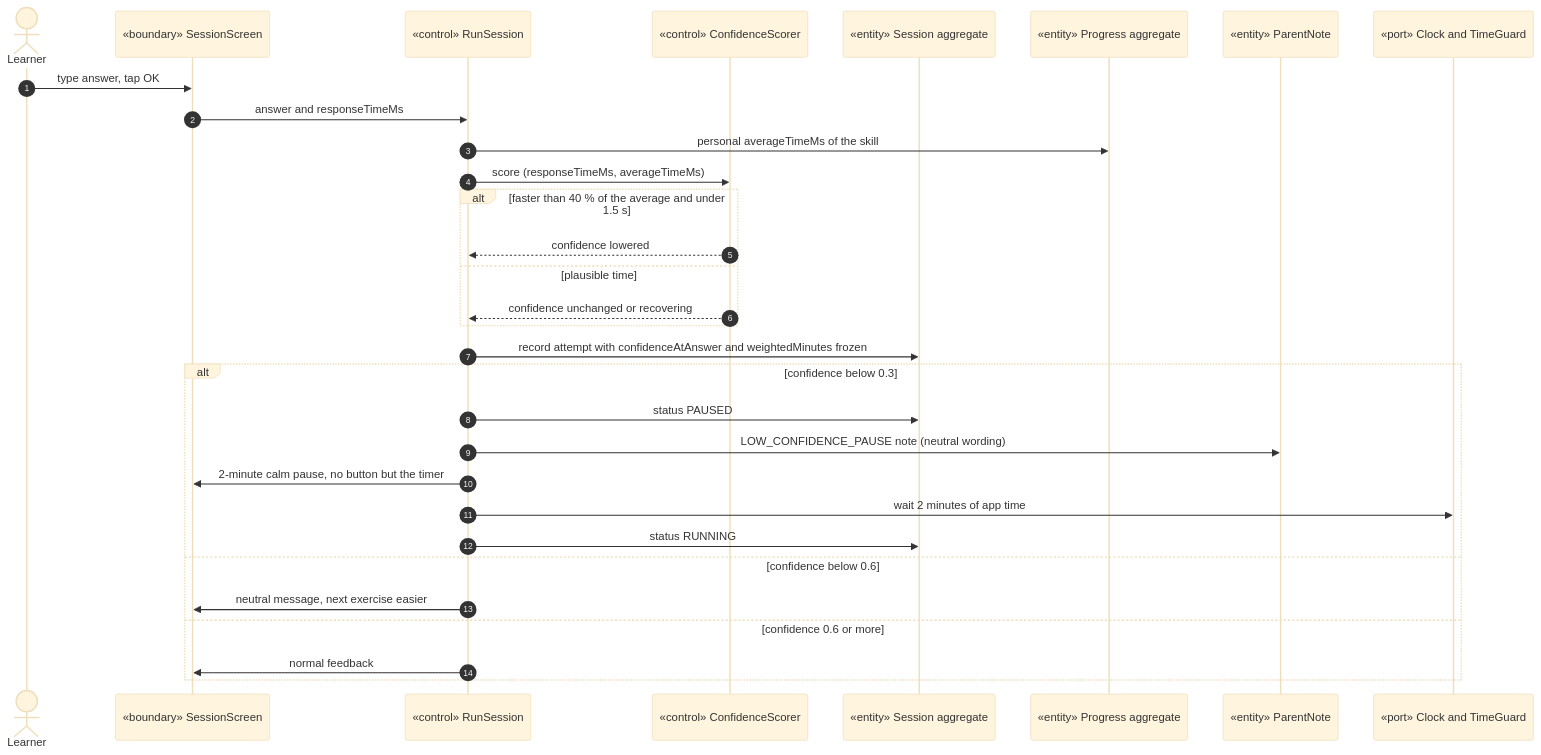
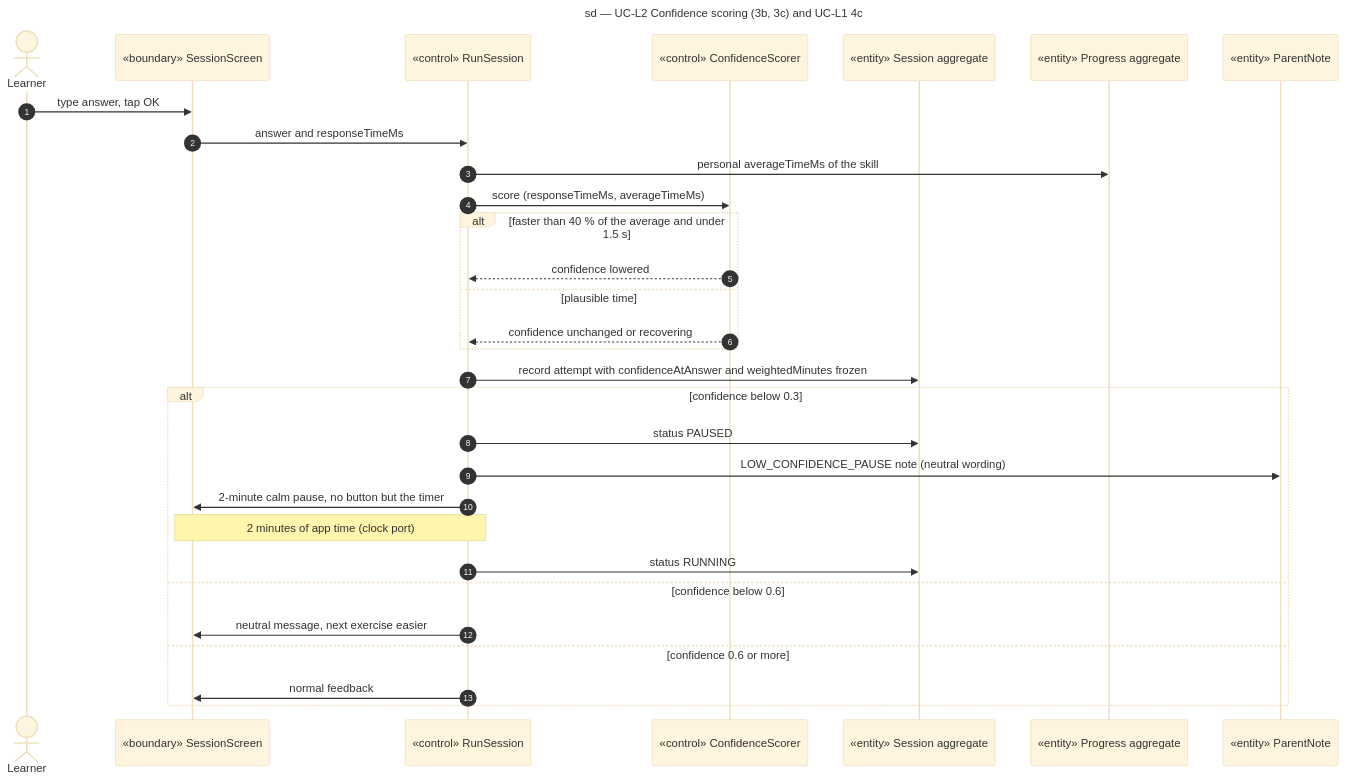
The diagram in docs/architecture/diagrams/learning/03-sequence-confidence-scoring.md (benoit-bremaud/learn-to-earn), drawn with Mermaid (base theme) before and after one commit. The commit also changed 17 other files, not shown here.

First line of the commit message:
docs(architecture): joint sequence review fixes

````diff
--- a/docs/architecture/diagrams/learning/03-sequence-confidence-scoring.md
+++ b/docs/architecture/diagrams/learning/03-sequence-confidence-scoring.md
@@ -16,34 +16,34 @@
 ```mermaid
 sequenceDiagram
+  title sd — UC-L2 Confidence scoring (3b, 3c) and UC-L1 4c
   autonumber
   actor Learner
   participant UI as «boundary» SessionScreen
   participant Ctl as «control» RunSession
   participant Conf as «control» ConfidenceScorer
   participant Practice as «entity» Session aggregate
   participant Progress as «entity» Progress aggregate
   participant Notes as «entity» ParentNote
-  participant Clock as «port» Clock and TimeGuard
 
   Learner->>UI: type answer, tap OK
   UI->>Ctl: answer and responseTimeMs
   Ctl->>Progress: personal averageTimeMs of the skill
   Ctl->>Conf: score (responseTimeMs, averageTimeMs)
   alt faster than 40 % of the average and under 1.5 s
     Conf-->>Ctl: confidence lowered
   else plausible time
     Conf-->>Ctl: confidence unchanged or recovering
   end
   Ctl->>Practice: record attempt with confidenceAtAnswer and weightedMinutes frozen
   alt confidence below 0.3
     Ctl->>Practice: status PAUSED
     Ctl->>Notes: LOW_CONFIDENCE_PAUSE note (neutral wording)
     Ctl->>UI: 2-minute calm pause, no button but the timer
-    Ctl->>Clock: wait 2 minutes of app time
+    Note over Ctl,UI: 2 minutes of app time (clock port)
     Ctl->>Practice: status RUNNING
   else confidence below 0.6
     Ctl->>UI: neutral message, next exercise easier
   else confidence 0.6 or more
     Ctl->>UI: normal feedback
   end
 ```
````
